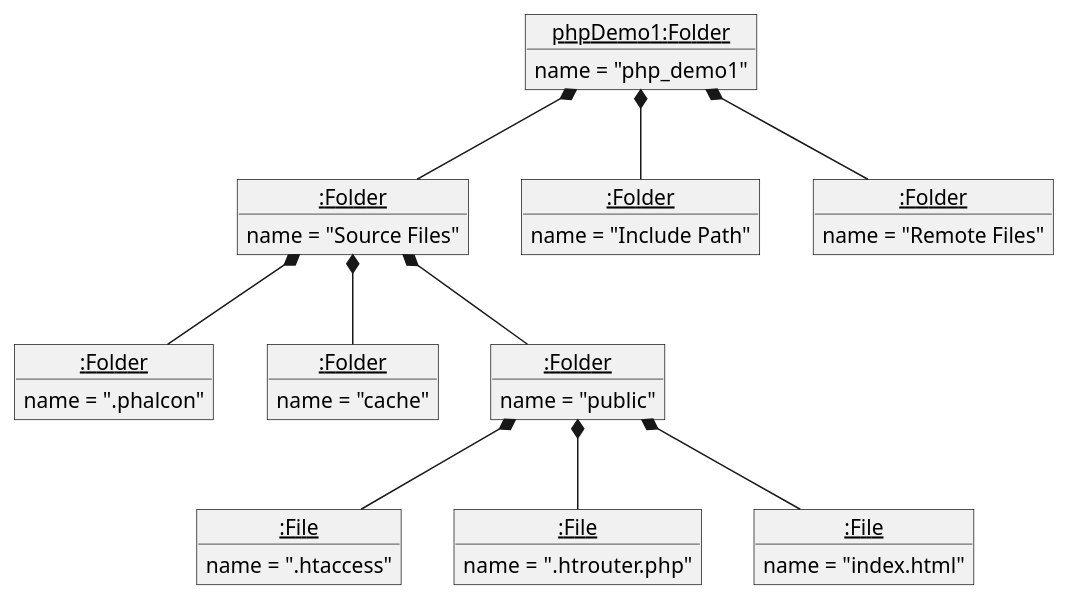
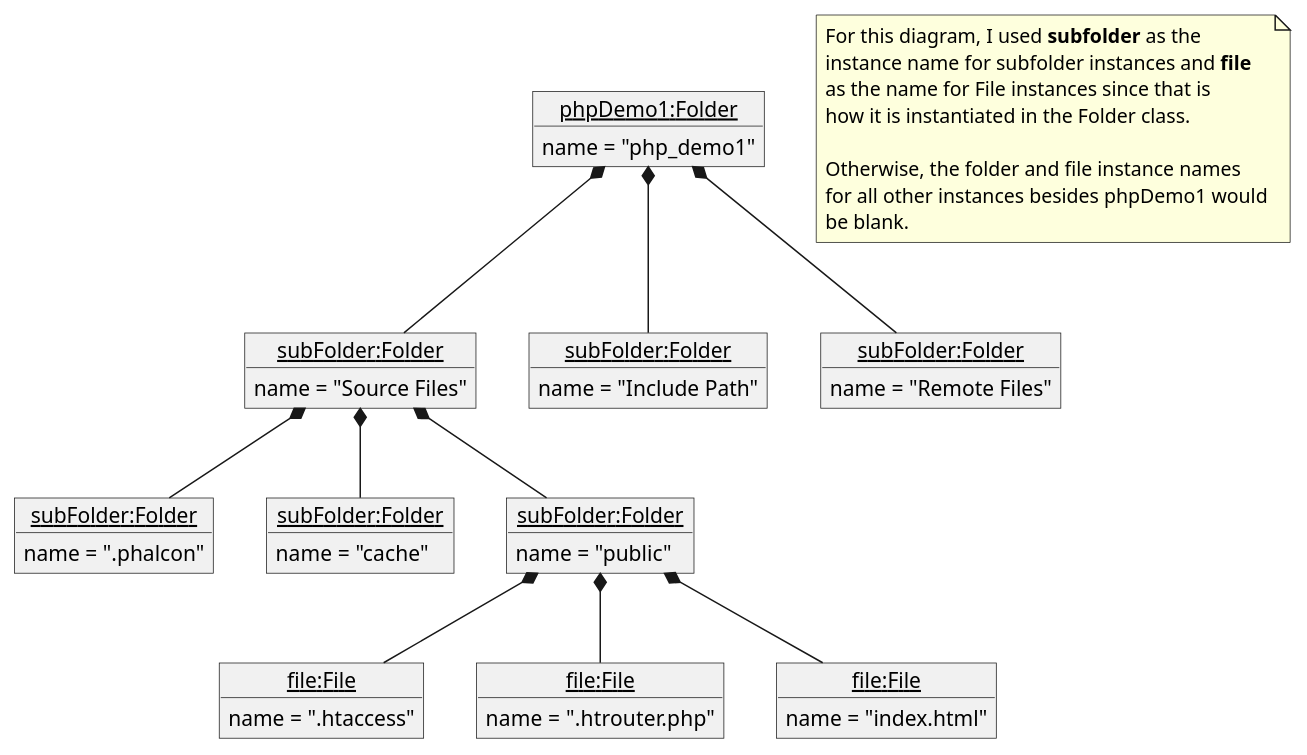
One commit to Simon-D-Nguyen/CS-4800HW3 changed the diagram in ObjectDiagrams/Composition.puml. Above: the diagram before and after it, drawn with PlantUML.

Commit message:
Added "instanceNames" for the subfolders and files, but might be unnecessary.

```diff
--- a/ObjectDiagrams/Composition.puml
+++ b/ObjectDiagrams/Composition.puml
@@ -1,57 +1,66 @@
 @startuml
 'https://plantuml.com/object-diagram
 
 object "<u>phpDemo1:Folder</u>" as root {
 name = "php_demo1"
 }
-object "<u>:Folder</u>" as sourceFiles {
+object "<u>subFolder:Folder</u>" as sourceFiles {
 name = "Source Files"
 }
 
 root *-- sourceFiles
 
-object "<u>:Folder</u>" as includePath{
+object "<u>subFolder:Folder</u>" as includePath{
 name = "Include Path"
 }
 
 root *-- includePath
 
-object "<u>:Folder</u>" as remoteFiles {
+object "<u>subFolder:Folder</u>" as remoteFiles {
 name = "Remote Files"
 }
 
 root *-- remoteFiles
 
 
 
-object "<u>:Folder</u>" as phalcon {
+object "<u>subFolder:Folder</u>" as phalcon {
 name = ".phalcon"
 }
-object "<u>:Folder</u>" as cache {
+object "<u>subFolder:Folder</u>" as cache {
 name = "cache"
 }
-object "<u>:Folder</u>" as public {
+object "<u>subFolder:Folder</u>" as public {
 name = "public"
 }
 
 sourceFiles *-- phalcon
 sourceFiles *--cache
 sourceFiles *-- public
 
 
-object "<u>:File</u>" as htaccess {
+object "<u>file:File</u>" as htaccess {
 name = ".htaccess"
 }
-object "<u>:File</u>" as htrouter {
+object "<u>file:File</u>" as htrouter {
 name = ".htrouter.php"
 }
-object "<u>:File</u>" as index {
+object "<u>file:File</u>" as index {
 name = "index.html"
 }
 
 public *-- htaccess
 public *-- htrouter
 public *-- index
 
+note as n1
+    For this diagram, I used **subfolder** as the
+    instance name for subfolder instances and **file**
+    as the name for File instances since that is
+    how it is instantiated in the Folder class.
 
+    Otherwise, the folder and file instance names
+    for all other instances besides phpDemo1 would
+    be blank.
+end note
 @enduml
```
